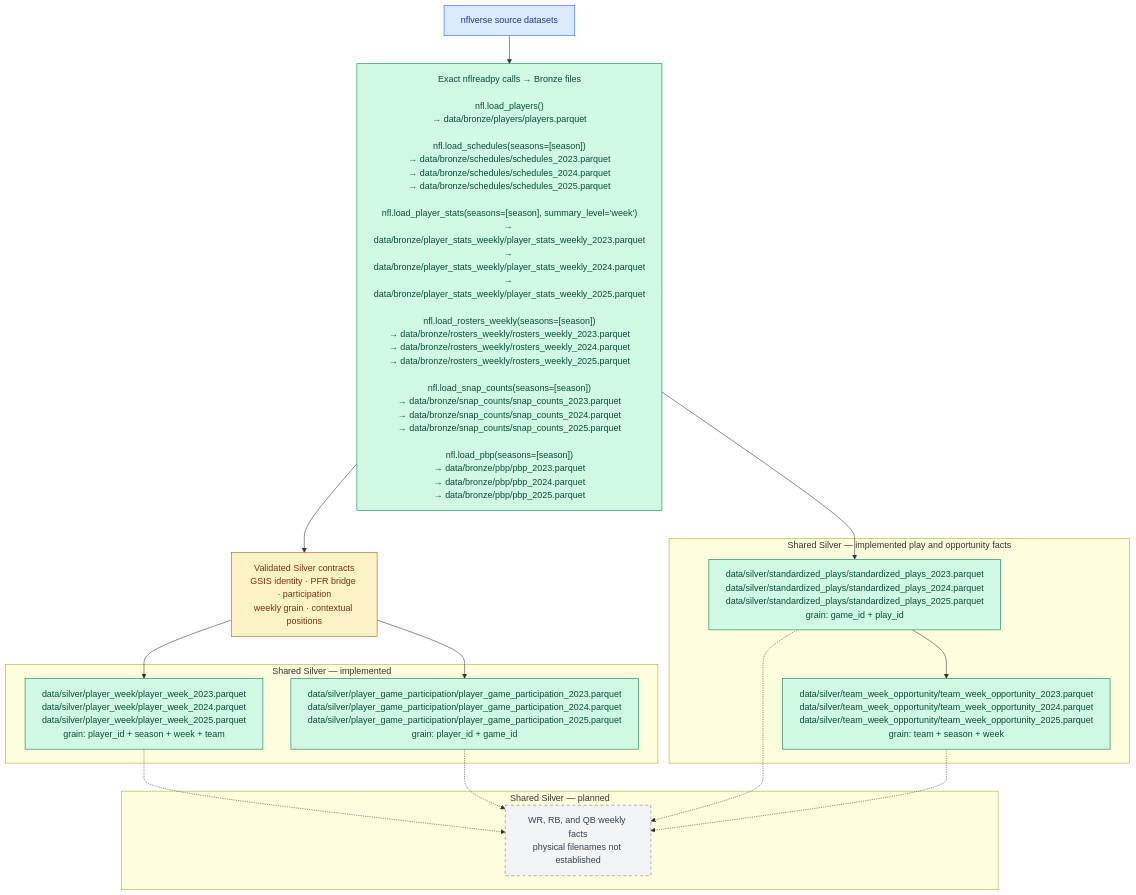
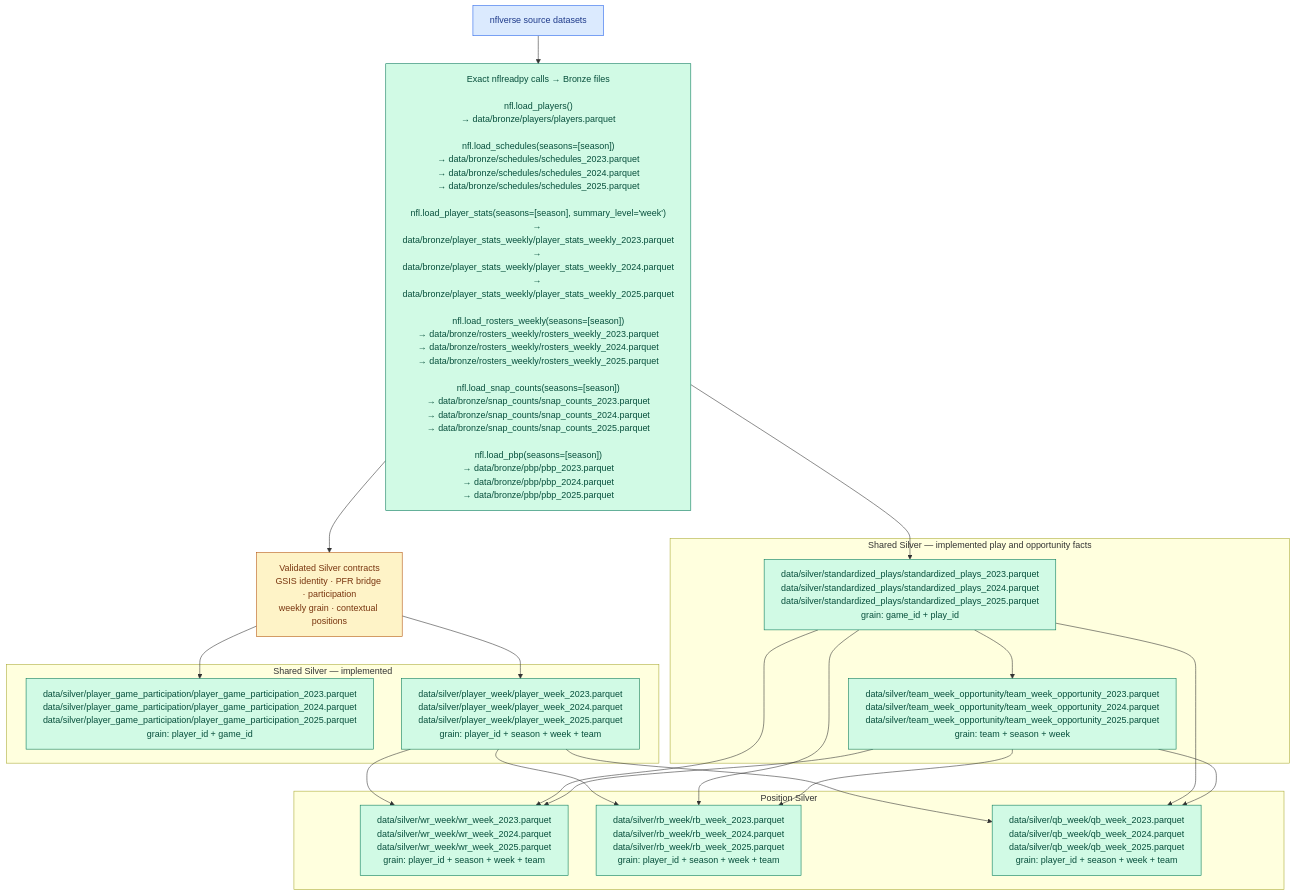
One commit to ddarby15/nfl-dream-lab-app changed the first of 4 diagrams in docs/data-lineage-by-gold-product.md. Above: the diagram before and after it, drawn with Mermaid. The commit also changed other lines of this file and 5 other files, not shown here.

````diff
--- a/docs/data-lineage-by-gold-product.md
+++ b/docs/data-lineage-by-gold-product.md
@@ -17,42 +17,48 @@
 ```mermaid
 flowchart TB
     SOURCE["nflverse source datasets"]
 
     B_FILES["Exact nflreadpy calls → Bronze files<br/><br/>nfl.load_players()<br/>→ data/bronze/players/players.parquet<br/><br/>nfl.load_schedules(seasons=[season])<br/>→ data/bronze/schedules/schedules_2023.parquet<br/>→ data/bronze/schedules/schedules_2024.parquet<br/>→ data/bronze/schedules/schedules_2025.parquet<br/><br/>nfl.load_player_stats(seasons=[season], summary_level='week')<br/>→ data/bronze/player_stats_weekly/player_stats_weekly_2023.parquet<br/>→ data/bronze/player_stats_weekly/player_stats_weekly_2024.parquet<br/>→ data/bronze/player_stats_weekly/player_stats_weekly_2025.parquet<br/><br/>nfl.load_rosters_weekly(seasons=[season])<br/>→ data/bronze/rosters_weekly/rosters_weekly_2023.parquet<br/>→ data/bronze/rosters_weekly/rosters_weekly_2024.parquet<br/>→ data/bronze/rosters_weekly/rosters_weekly_2025.parquet<br/><br/>nfl.load_snap_counts(seasons=[season])<br/>→ data/bronze/snap_counts/snap_counts_2023.parquet<br/>→ data/bronze/snap_counts/snap_counts_2024.parquet<br/>→ data/bronze/snap_counts/snap_counts_2025.parquet<br/><br/>nfl.load_pbp(seasons=[season])<br/>→ data/bronze/pbp/pbp_2023.parquet<br/>→ data/bronze/pbp/pbp_2024.parquet<br/>→ data/bronze/pbp/pbp_2025.parquet"]
 
     CONTRACTS["Validated Silver contracts<br/>GSIS identity · PFR bridge · participation<br/>weekly grain · contextual positions"]
 
     subgraph CurrentSilver["Shared Silver — implemented"]
         S_GAME["data/silver/player_game_participation/player_game_participation_2023.parquet<br/>data/silver/player_game_participation/player_game_participation_2024.parquet<br/>data/silver/player_game_participation/player_game_participation_2025.parquet<br/>grain: player_id + game_id"]
         S_WEEK["data/silver/player_week/player_week_2023.parquet<br/>data/silver/player_week/player_week_2024.parquet<br/>data/silver/player_week/player_week_2025.parquet<br/>grain: player_id + season + week + team"]
     end
 
-    subgraph PlannedSilver["Shared Silver — planned"]
-        S_POSITION["WR, RB, and QB weekly facts<br/>physical filenames not established"]
+    subgraph PositionSilver["Position Silver"]
+        S_WR["data/silver/wr_week/wr_week_2023.parquet<br/>data/silver/wr_week/wr_week_2024.parquet<br/>data/silver/wr_week/wr_week_2025.parquet<br/>grain: player_id + season + week + team"]
+        S_RB["data/silver/rb_week/rb_week_2023.parquet<br/>data/silver/rb_week/rb_week_2024.parquet<br/>data/silver/rb_week/rb_week_2025.parquet<br/>grain: player_id + season + week + team"]
+        S_QB["data/silver/qb_week/qb_week_2023.parquet<br/>data/silver/qb_week/qb_week_2024.parquet<br/>data/silver/qb_week/qb_week_2025.parquet<br/>grain: player_id + season + week + team"]
     end
 
     subgraph NewSilver["Shared Silver — implemented play and opportunity facts"]
         S_PLAYS["data/silver/standardized_plays/standardized_plays_2023.parquet<br/>data/silver/standardized_plays/standardized_plays_2024.parquet<br/>data/silver/standardized_plays/standardized_plays_2025.parquet<br/>grain: game_id + play_id"]
         S_TEAM["data/silver/team_week_opportunity/team_week_opportunity_2023.parquet<br/>data/silver/team_week_opportunity/team_week_opportunity_2024.parquet<br/>data/silver/team_week_opportunity/team_week_opportunity_2025.parquet<br/>grain: team + season + week"]
     end
 
     SOURCE --> B_FILES --> CONTRACTS
     CONTRACTS --> S_GAME
     CONTRACTS --> S_WEEK
     B_FILES --> S_PLAYS
     S_PLAYS --> S_TEAM
-    S_WEEK -.-> S_POSITION
-    S_GAME -.-> S_POSITION
-    S_PLAYS -.-> S_POSITION
-    S_TEAM -.-> S_POSITION
+    S_WEEK --> S_WR
+    S_PLAYS --> S_WR
+    S_TEAM --> S_WR
+    S_WEEK --> S_RB
+    S_PLAYS --> S_RB
+    S_TEAM --> S_RB
+    S_WEEK --> S_QB
+    S_PLAYS --> S_QB
+    S_TEAM --> S_QB
 
     classDef source fill:#dbeafe,stroke:#2563eb,color:#1e3a8a;
     classDef built fill:#d1fae5,stroke:#047857,color:#064e3b;
     classDef validation fill:#fef3c7,stroke:#b45309,color:#78350f;
     classDef planned fill:#f3f4f6,stroke:#6b7280,color:#374151,stroke-dasharray:5 5;
 
     class SOURCE source;
-    class B_FILES,S_GAME,S_WEEK,S_PLAYS,S_TEAM built;
+    class B_FILES,S_GAME,S_WEEK,S_PLAYS,S_TEAM,S_WR,S_RB,S_QB built;
     class CONTRACTS validation;
-    class S_POSITION planned;
 ```
````
